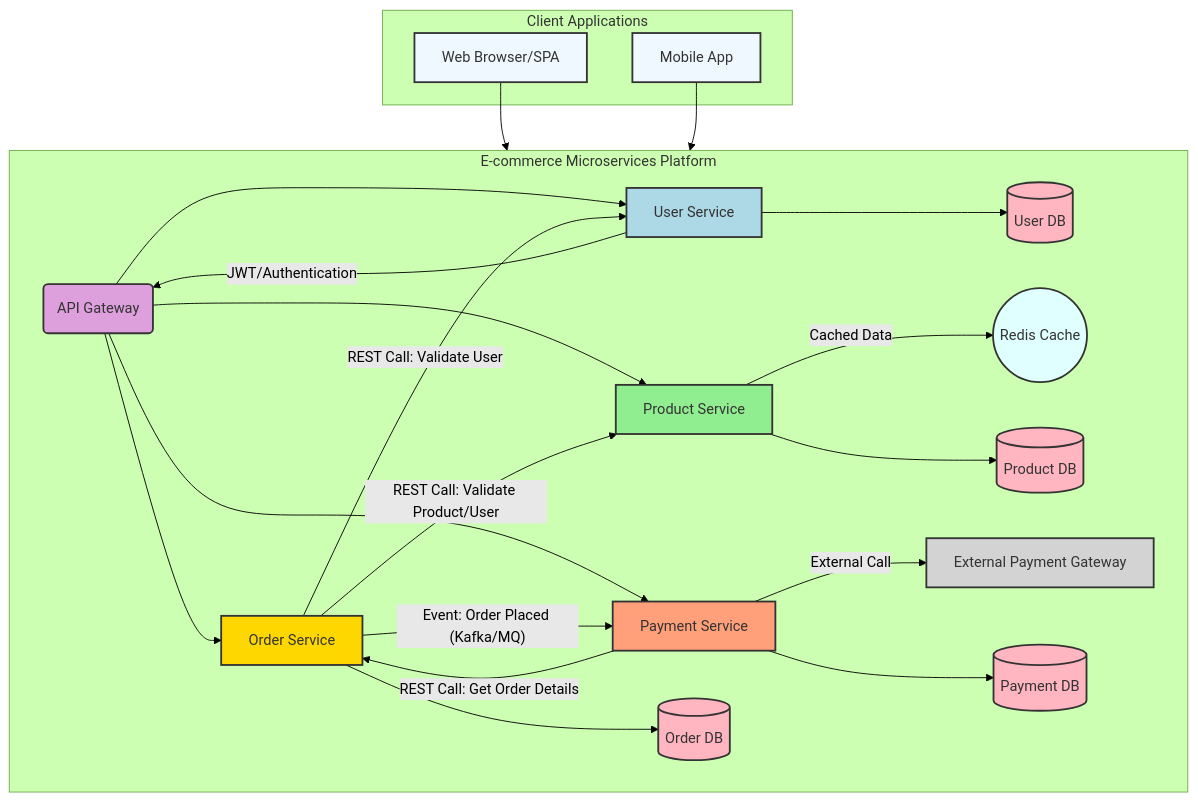
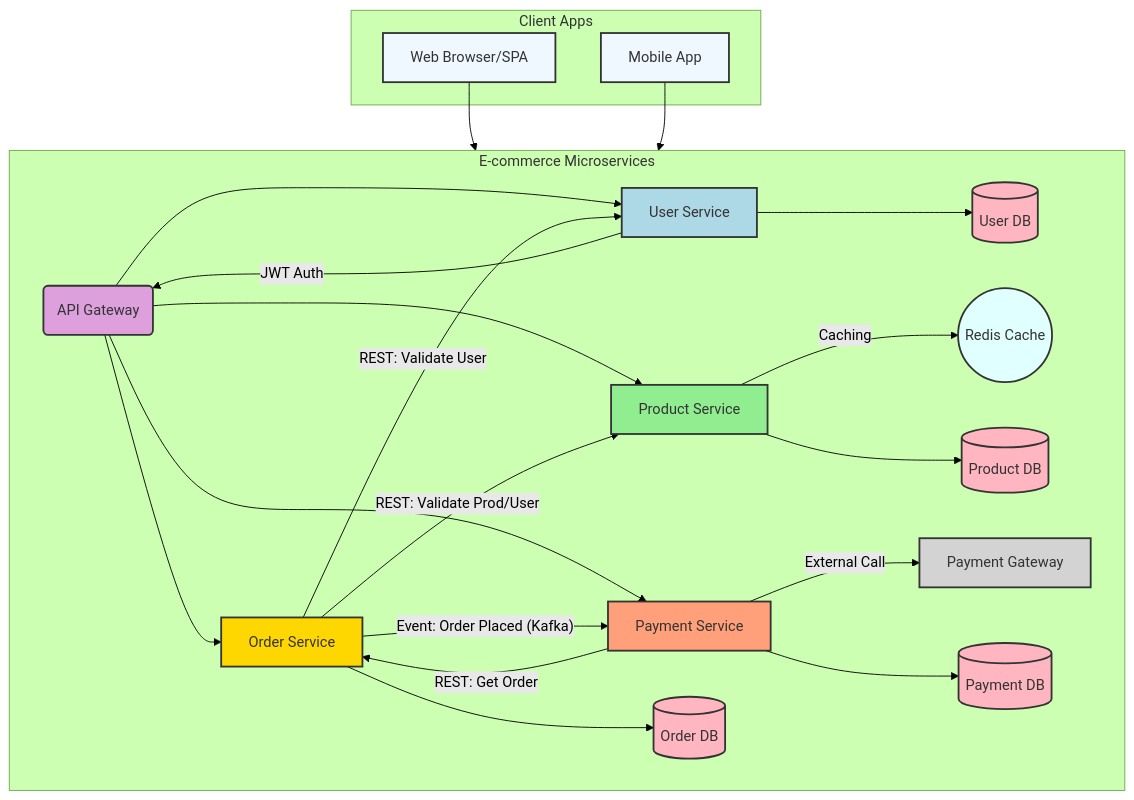
Before and after one commit to ravi2411rj/ecommerce-platform-microservices: the diagram in README.md, drawn with Mermaid (forest theme).

````diff
--- a/README.md
+++ b/README.md
@@ -24,49 +24,49 @@
 ```mermaid
 graph TD
-    subgraph Client Applications
+    subgraph Client Apps
         WebClient[Web Browser/SPA]
         MobileApp[Mobile App]
     end
 
-    subgraph E-commerce Microservices Platform
+    subgraph E-commerce Microservices
         direction LR
         API_Gateway(API Gateway) --> User[User Service]
         API_Gateway --> Product[Product Service]
         API_Gateway --> Order[Order Service]
         API_Gateway --> Payment[Payment Service]
 
-        User -- JWT/Authentication --> API_Gateway
+        User -- JWT Auth --> API_Gateway
         User --> DB_User[(User DB)]
 
-        Product -- Cached Data --> Redis((Redis Cache))
+        Product -- Caching --> Redis((Redis Cache))
         Product --> DB_Product[(Product DB)]
 
-        Order -- REST Call: Validate Product/User --> Product
-        Order -- REST Call: Validate User --> User
-        Order -- Event: Order Placed (Kafka/MQ) --> Payment
+        Order -- REST: Validate Prod/User --> Product
+        Order -- REST: Validate User --> User
+        Order -- Event: Order Placed (Kafka) --> Payment
         Order --> DB_Order[(Order DB)]
 
-        Payment -- REST Call: Get Order Details --> Order
-        Payment -- External Call --> ThirdParty[External Payment Gateway]
+        Payment -- REST: Get Order --> Order
+        Payment -- External Call --> ThirdParty[Payment Gateway]
         Payment --> DB_Payment[(Payment DB)]
     end
 
     WebClient --> API_Gateway
     MobileApp --> API_Gateway
 
     %% Style Definitions for better readability on dark backgrounds
     %% Added 'color:#333;' to ensure text is dark and readable on light backgrounds
     style API_Gateway fill:#DDA0DD,stroke:#333,stroke-width:2px,color:#333;
     style User fill:#ADD8E6,stroke:#333,stroke-width:2px,color:#333;
     style Product fill:#90EE90,stroke:#333,stroke-width:2px,color:#333;
     style Order fill:#FFD700,stroke:#333,stroke-width:2px,color:#333;
     style Payment fill:#FFA07A,stroke:#333,stroke-width:2px,color:#333;
     style DB_User fill:#FFB6C1,stroke:#333,stroke-width:2px,color:#333;
     style DB_Product fill:#FFB6C1,stroke:#333,stroke-width:2px,color:#333;
     style DB_Order fill:#FFB6C1,stroke:#333,stroke-width:2px,color:#333;
     style DB_Payment fill:#FFB6C1,stroke:#333,stroke-width:2px,color:#333;
     style Redis fill:#E0FFFF,stroke:#333,stroke-width:2px,color:#333;
     style ThirdParty fill:#D3D3D3,stroke:#333,stroke-width:2px,color:#333;
     style WebClient fill:#F0F8FF,stroke:#333,stroke-width:2px,color:#333;
     style MobileApp fill:#F0F8FF,stroke:#333,stroke-width:2px,color:#333;
 ```
````
